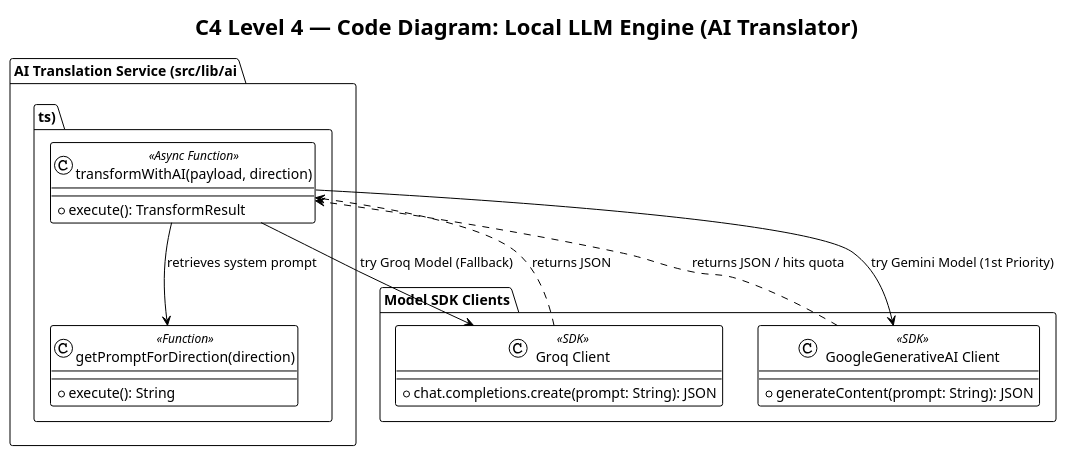
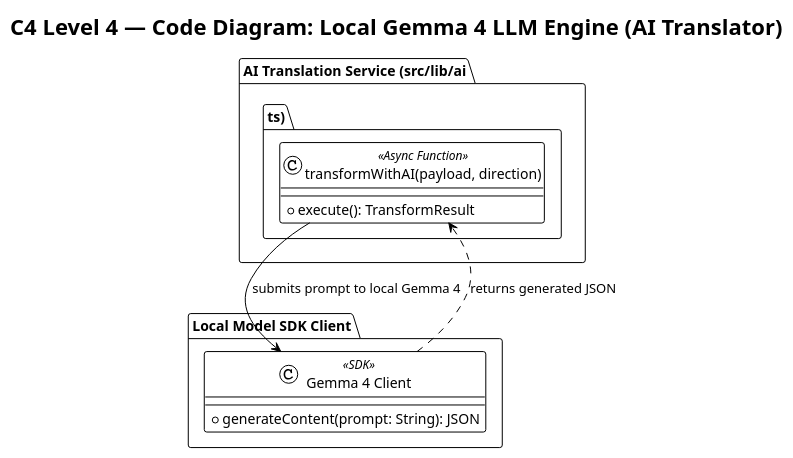
One commit to APC-SoCIT/APC-2026-2027-T1-IT241-Grp3-WAH4PCE-An-AI-Driven-Interoperability-Bridge-for-iHOMIS changed the diagram in docs/MSYADD1/code_diagram/c4_component_code_diagram/Component_Diagram_High_Level_ADAPT_iPaaS_Middleware/Local_LLM_Engine.puml. Above: the diagram before and after it, drawn with PlantUML. The commit also changed 7 other files, not shown here.

Commit message:
docs: update references to Local LLM Engine to Local Gemma 4 LLM Engine across diagrams and documentation

```diff
--- a/docs/MSYADD1/code_diagram/c4_component_code_diagram/Component_Diagram_High_Level_ADAPT_iPaaS_Middleware/Local_LLM_Engine.puml
+++ b/docs/MSYADD1/code_diagram/c4_component_code_diagram/Component_Diagram_High_Level_ADAPT_iPaaS_Middleware/Local_LLM_Engine.puml
@@ -1,31 +1,20 @@
 @startuml Local_LLM_Engine
 !theme plain
-title C4 Level 4 — Code Diagram: Local LLM Engine (AI Translator)
+title C4 Level 4 — Code Diagram: Local Gemma 4 LLM Engine (AI Translator)
 
 package "AI Translation Service (src/lib/ai.ts)" {
     class "transformWithAI(payload, direction)" as TransformWithAI <<Async Function>> {
         + execute(): TransformResult
     }
+}
 
-    class "getPromptForDirection(direction)" as GetPrompt <<Function>> {
-        + execute(): String
+package "Local Model SDK Client" {
+    class "Gemma 4 Client" as Gemma4Client <<SDK>> {
+        + generateContent(prompt: String): JSON
     }
 }
 
-package "Model SDK Clients" {
-    class "GoogleGenerativeAI Client" as GeminiClient <<SDK>> {
-        + generateContent(prompt: String): JSON
-    }
-
-    class "Groq Client" as GroqClient <<SDK>> {
-        + chat.completions.create(prompt: String): JSON
-    }
-}
-
-TransformWithAI --> GetPrompt : retrieves system prompt
-TransformWithAI --> GeminiClient : try Gemini Model (1st Priority)
-GeminiClient ..> TransformWithAI : returns JSON / hits quota
-TransformWithAI --> GroqClient : try Groq Model (Fallback)
-GroqClient ..> TransformWithAI : returns JSON
+TransformWithAI --> Gemma4Client : submits prompt to local Gemma 4
+Gemma4Client ..> TransformWithAI : returns generated JSON
 
 @enduml
```
